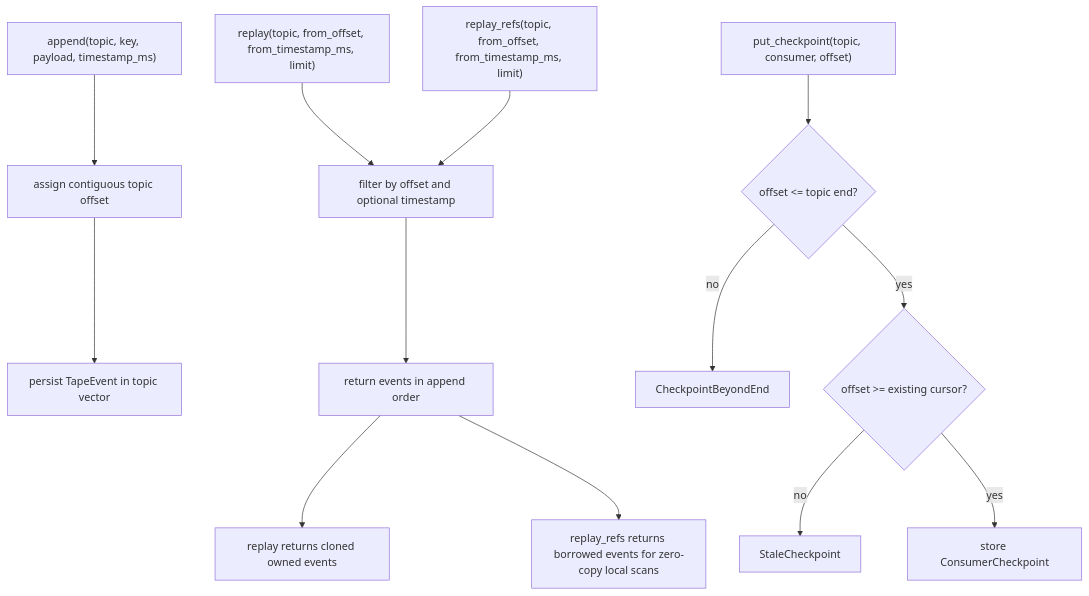
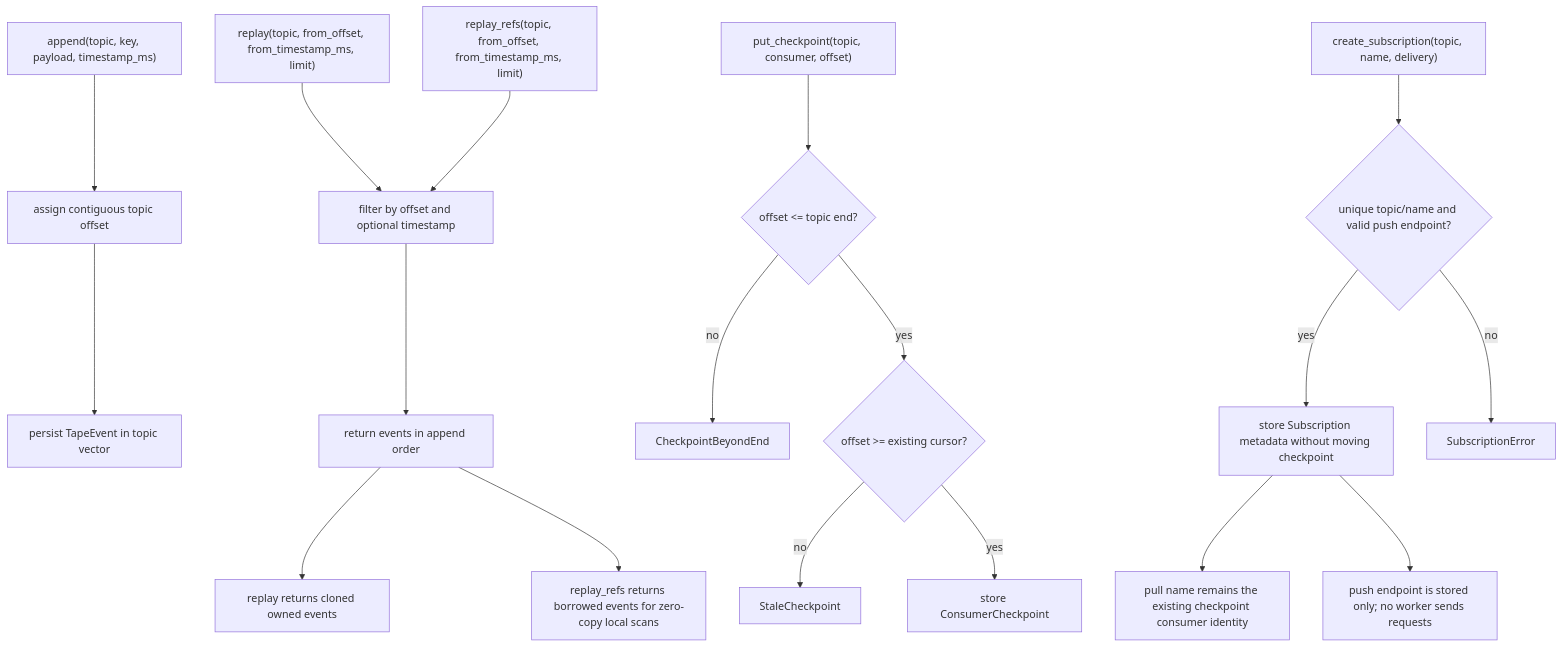
One commit to chrischeng-c4/axiom changed the first of 2 diagrams in apps/tape/tech-design/semantic/source/apps-tape-src-lib-rs.md. Above: the diagram before and after it, drawn with Mermaid. The commit also changed other lines of this file and 4 other files, not shown here.

````diff
--- a/apps/tape/tech-design/semantic/source/apps-tape-src-lib-rs.md
+++ b/apps/tape/tech-design/semantic/source/apps-tape-src-lib-rs.md
@@ -34,18 +40,23 @@
 ```mermaid
 ---
 id: tape-td-flow
 ---
 flowchart TD
     append["append(topic, key, payload, timestamp_ms)"] --> offset["assign contiguous topic offset"]
     offset --> event["persist TapeEvent in topic vector"]
     replay["replay(topic, from_offset, from_timestamp_ms, limit)"] --> filter["filter by offset and optional timestamp"]
     replay_refs["replay_refs(topic, from_offset, from_timestamp_ms, limit)"] --> filter
     filter --> ordered["return events in append order"]
     ordered --> owned["replay returns cloned owned events"]
     ordered --> borrowed["replay_refs returns borrowed events for zero-copy local scans"]
     checkpoint["put_checkpoint(topic, consumer, offset)"] --> endcheck{"offset <= topic end?"}
     endcheck -->|no| beyond["CheckpointBeyondEnd"]
     endcheck -->|yes| stalecheck{"offset >= existing cursor?"}
     stalecheck -->|no| stale["StaleCheckpoint"]
     stalecheck -->|yes| store["store ConsumerCheckpoint"]
+    subscription["create_subscription(topic, name, delivery)"] --> unique{"unique topic/name and valid push endpoint?"}
+    unique -->|yes| substore["store Subscription metadata without moving checkpoint"]
+    unique -->|no| suberror["SubscriptionError"]
+    substore --> pull["pull name remains the existing checkpoint consumer identity"]
+    substore --> push["push endpoint is stored only; no worker sends requests"]
 ```
````
